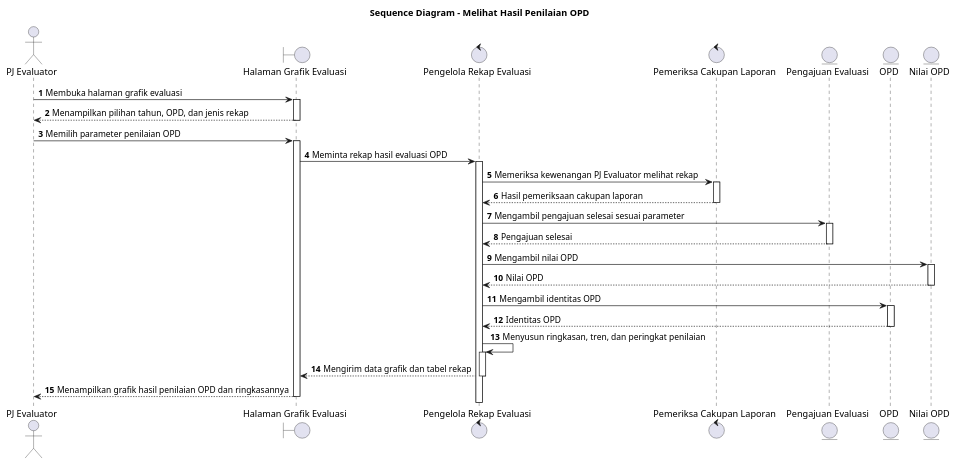
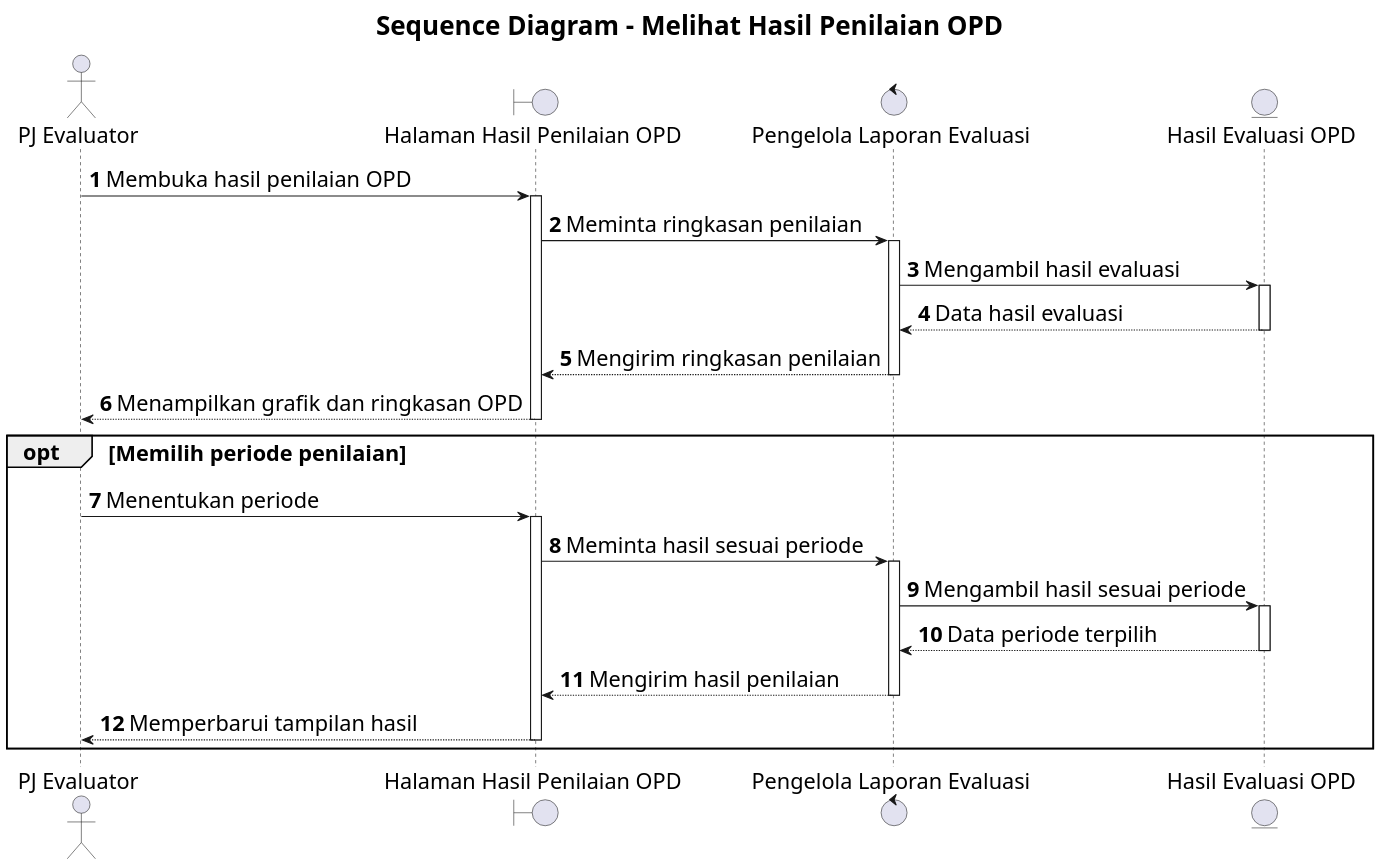
Before and after one commit to howlil/sop-generate-app: the diagram in docs/sequence/lampiran/pj-evaluator-melihat-hasil-penilaian-opd.md, drawn with PlantUML. The commit also changed other lines of this file and 20 other files, not shown here.

Commit message:
docs(sequence): align all sequence diagrams with use cases

````diff
--- a/docs/sequence/lampiran/pj-evaluator-melihat-hasil-penilaian-opd.md
+++ b/docs/sequence/lampiran/pj-evaluator-melihat-hasil-penilaian-opd.md
@@ -16,32 +16,33 @@
 ```plantuml
 @startuml
+skinparam defaultFontSize 20
+skinparam titleFontSize 24
+skinparam dpi 160
+
 title Sequence Diagram - Melihat Hasil Penilaian OPD
 autonumber
 autoactivate on
 
 actor "PJ Evaluator" as A
-boundary "Halaman Grafik Evaluasi" as B
-control "Pengelola Rekap Evaluasi" as C
-control "Pemeriksa Cakupan Laporan" as D
-entity "Pengajuan Evaluasi" as Pengajuan
-entity "OPD" as OPD
-entity "Nilai OPD" as NilaiOPD
+boundary "Halaman Hasil Penilaian OPD" as B
+control "Pengelola Laporan Evaluasi" as C
+entity "Hasil Evaluasi OPD" as D
 
-A -> B : Membuka halaman grafik evaluasi
-B --> A : Menampilkan pilihan tahun, OPD, dan jenis rekap
-A -> B : Memilih parameter penilaian OPD
-B -> C : Meminta rekap hasil evaluasi OPD
-C -> D : Memeriksa kewenangan PJ Evaluator melihat rekap
-D --> C : Hasil pemeriksaan cakupan laporan
-C -> Pengajuan : Mengambil pengajuan selesai sesuai parameter
-Pengajuan --> C : Pengajuan selesai
-C -> NilaiOPD : Mengambil nilai OPD
-NilaiOPD --> C : Nilai OPD
-C -> OPD : Mengambil identitas OPD
-OPD --> C : Identitas OPD
-C -> C : Menyusun ringkasan, tren, dan peringkat penilaian
-C --> B : Mengirim data grafik dan tabel rekap
-B --> A : Menampilkan grafik hasil penilaian OPD dan ringkasannya
+A -> B : Membuka hasil penilaian OPD
+B -> C : Meminta ringkasan penilaian
+C -> D : Mengambil hasil evaluasi
+D --> C : Data hasil evaluasi
+C --> B : Mengirim ringkasan penilaian
+B --> A : Menampilkan grafik dan ringkasan OPD
+
+opt Memilih periode penilaian
+  A -> B : Menentukan periode
+  B -> C : Meminta hasil sesuai periode
+  C -> D : Mengambil hasil sesuai periode
+  D --> C : Data periode terpilih
+  C --> B : Mengirim hasil penilaian
+  B --> A : Memperbarui tampilan hasil
+end
 
 @enduml
 ```
````
